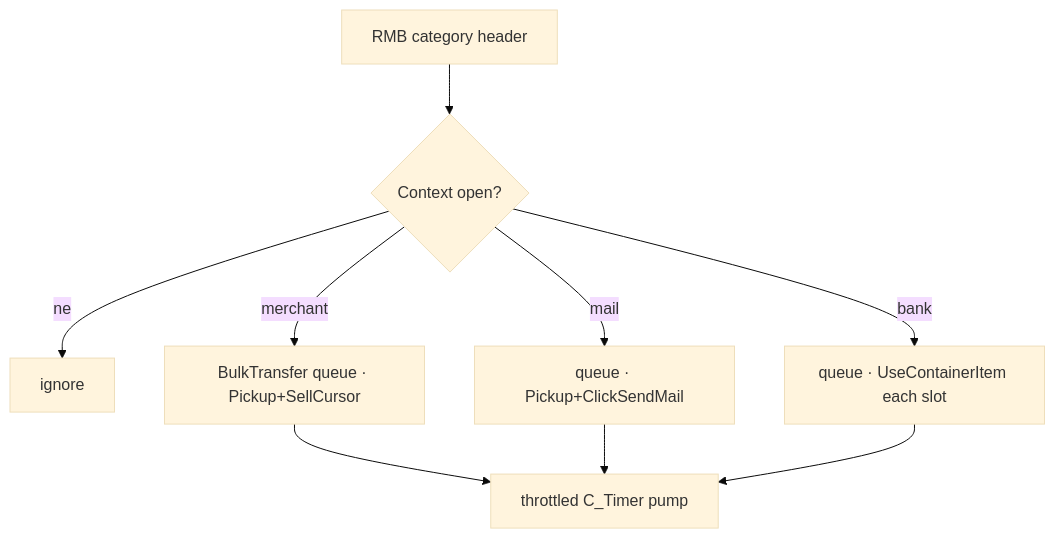
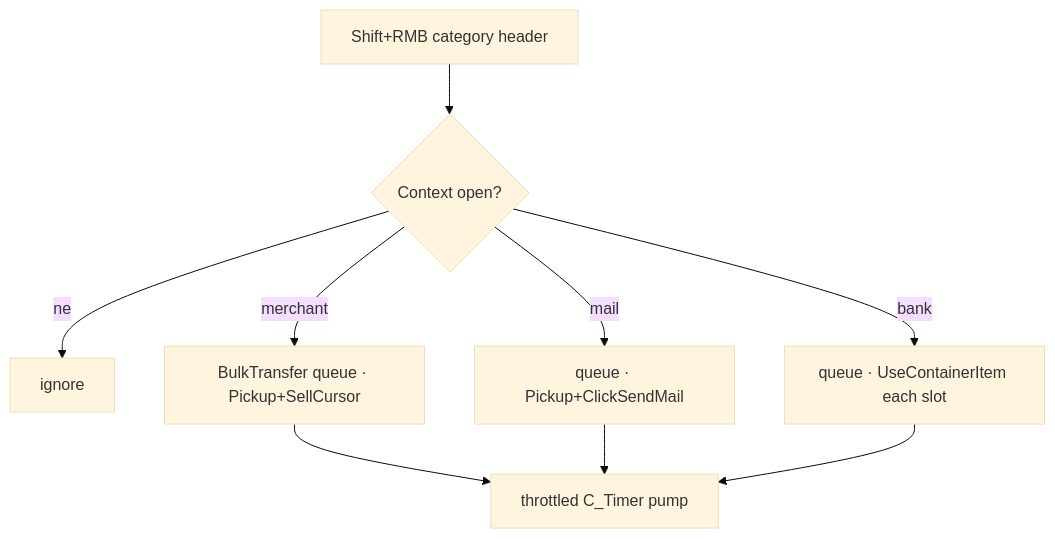
One commit to sirTurbisCZ/wow-forever-addons changed the fifth of 8 diagrams in addons/BetterBackpack/Docs/loops.md. Above: the diagram before and after it, drawn with Mermaid (base theme). The commit also changed other lines of this file and 5 other files, not shown here.

First line of the commit message:
feat(BetterBackpack): 0.5.76 Shift+RMB lane bulk transfer

````diff
--- a/addons/BetterBackpack/Docs/loops.md
+++ b/addons/BetterBackpack/Docs/loops.md
@@ -141,11 +141,11 @@
 ```mermaid
 flowchart TD
-  RMB[RMB category header] --> Ctx{Context open?}
+  RMB[Shift+RMB category header] --> Ctx{Context open?}
   Ctx -->|ne| Noop[ignore]
   Ctx -->|merchant| Sell[BulkTransfer queue · Pickup+SellCursor]
   Ctx -->|mail| Mail[queue · Pickup+ClickSendMail]
   Ctx -->|bank| Bank[queue · UseContainerItem each slot]
   Sell --> Pump[throttled C_Timer pump]
   Mail --> Pump
   Bank --> Pump
 ```
````
